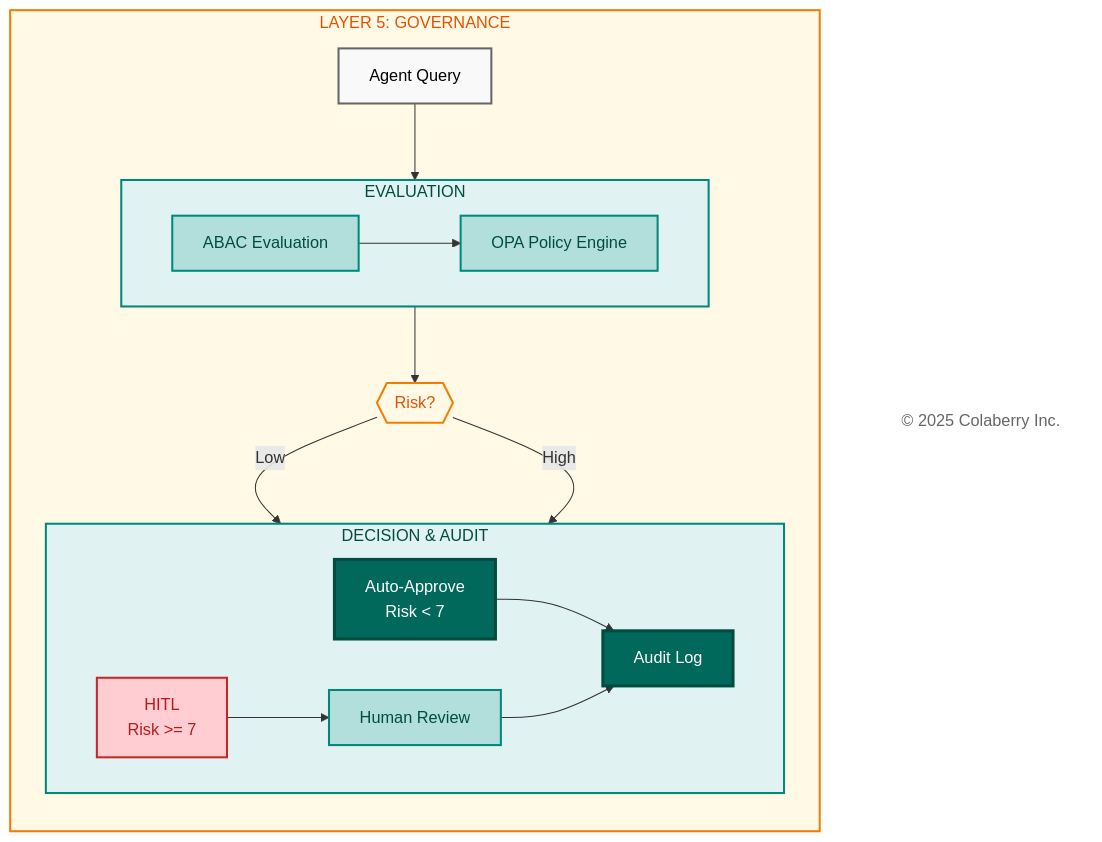
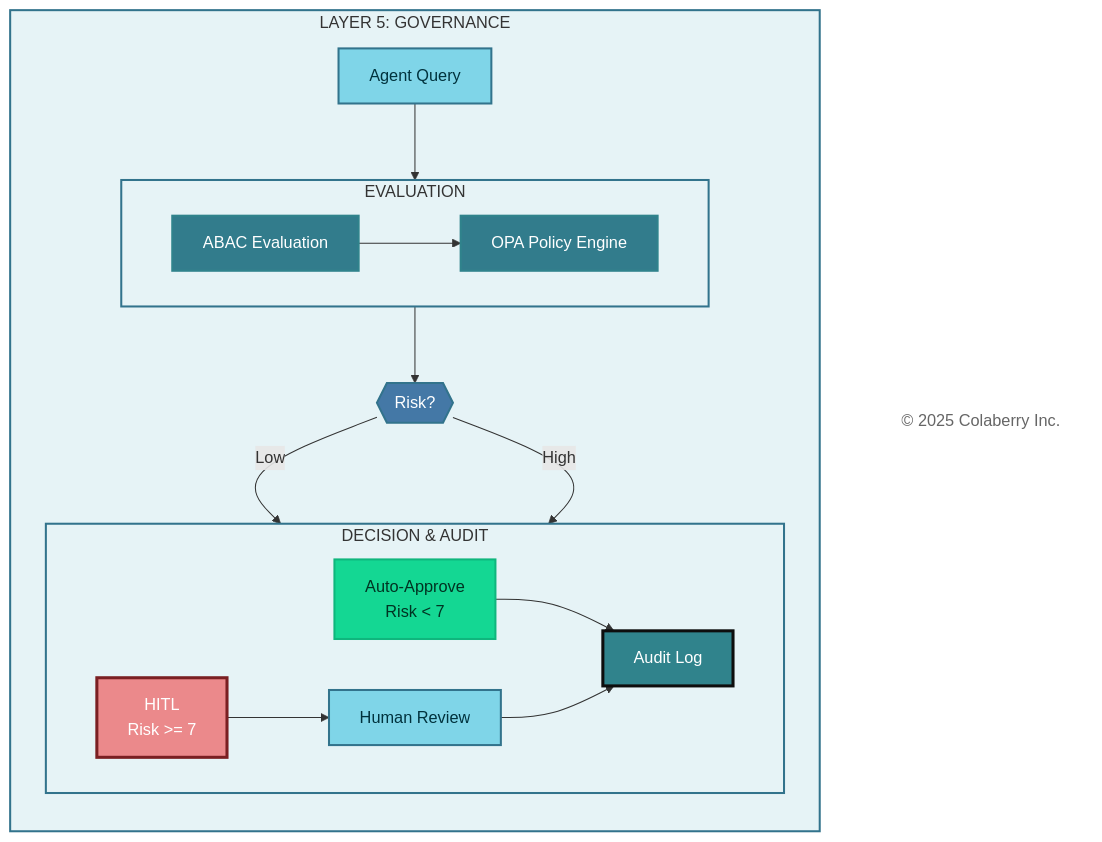
Before and after one commit to saitejesh-cyber/trust-before-intelligence-book: the fourth of 14 diagrams in manuscript/07_chapter_6_transparency_orchestration_layers.md, drawn with Mermaid. The commit also changed other lines of this file, not shown here.

Commit message:
Update mermaid diagrams as per new coloberry color and contrast ratio for chapter 7

````diff
--- a/manuscript/07_chapter_6_transparency_orchestration_layers.md
+++ b/manuscript/07_chapter_6_transparency_orchestration_layers.md
@@ -317,45 +317,45 @@
 ```mermaid
 
 graph TB
     subgraph LAYER5["LAYER 5: GOVERNANCE"]
         direction TB
         Query["Agent Query"]
         
         subgraph EVAL["EVALUATION"]
             direction LR
             ABAC["ABAC Evaluation"]
             OPA["OPA Policy Engine"]
             ABAC --> OPA
         end
         
         Risk{{"Risk?"}}
         
         subgraph DECISION["DECISION & AUDIT"]
             direction LR
             Auto["Auto-Approve<br/>Risk < 7"]
             HITL["HITL<br/>Risk >= 7"]
             Human["Human Review"]
             Audit["Audit Log"]
         end
     end
     
     Copyright["© 2025 Colaberry Inc."]
     
     Query --> EVAL --> Risk
     Risk -->|"Low"| Auto --> Audit
     Risk -->|"High"| HITL --> Human --> Audit
     
-    style LAYER5 fill:#fff9e6,stroke:#f57c00,stroke-width:2px,color:#e65100
-    style Query fill:#f9f9f9,stroke:#666666,stroke-width:2px,color:#000000
-    style EVAL fill:#e0f2f1,stroke:#00897b,stroke-width:2px,color:#004d40
-    style ABAC fill:#b2dfdb,stroke:#00897b,stroke-width:2px,color:#004d40
-    style OPA fill:#b2dfdb,stroke:#00897b,stroke-width:2px,color:#004d40
-    style Risk fill:#fff9e6,stroke:#f57c00,stroke-width:2px,color:#e65100
-    style DECISION fill:#e0f2f1,stroke:#00897b,stroke-width:2px,color:#004d40
-    style Auto fill:#00695c,color:#ffffff,stroke:#004d40,stroke-width:3px
-    style HITL fill:#ffcdd2,stroke:#c62828,stroke-width:2px,color:#b71c1c
-    style Human fill:#b2dfdb,stroke:#00897b,stroke-width:2px,color:#004d40
-    style Audit fill:#00695c,color:#ffffff,stroke:#004d40,stroke-width:3px
+    style LAYER5 fill:#E6F3F6,stroke:#32738C,stroke-width:2px
+    style Query fill:#7FD5E8,stroke:#32738C,stroke-width:2px,color:#00323D
+    style EVAL fill:#E6F3F6,stroke:#32738C,stroke-width:2px
+    style ABAC fill:#327C8C,stroke:#30838C,stroke-width:2px,color:#ffffff
+    style OPA fill:#327C8C,stroke:#30838C,stroke-width:2px,color:#ffffff
+    style Risk fill:#4478A6,stroke:#32738C,stroke-width:2px,color:#ffffff
+    style DECISION fill:#E6F3F6,stroke:#32738C,stroke-width:2px
+    style Auto fill:#14D793,color:#003322,stroke:#0FB67D,stroke-width:2px
+    style HITL fill:#EB898B,color:#ffffff,stroke:#7A1F22,stroke-width:3px
+    style Human fill:#7FD5E8,stroke:#32738C,stroke-width:2px,color:#00323D
+    style Audit fill:#30838C,color:#ffffff,stroke:#0D0D0D,stroke-width:3px
     style Copyright fill:#ffffff,stroke:none,color:#666666
 
 ```
````
